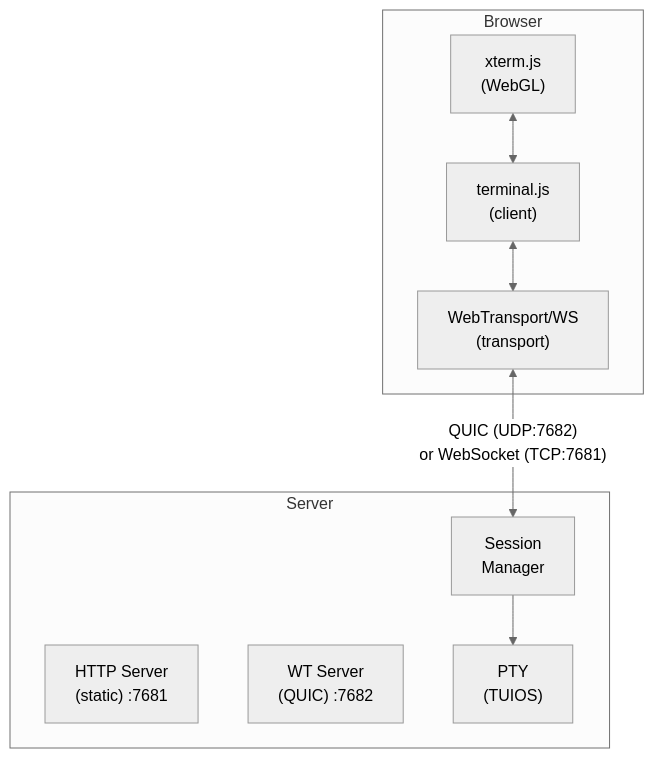
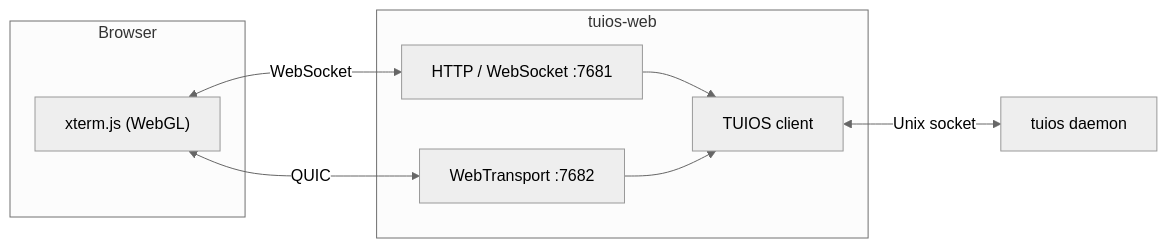
The diagram in content/docs/web.mdx (Gaurav-Gosain/tuios-docs), drawn with Mermaid (neutral theme) before and after one commit. The commit also changed other lines of this file, not shown here.

First line of the commit message:
docs: update the web terminal guide for TLS and the current flags

````diff
--- a/content/docs/web.mdx
+++ b/content/docs/web.mdx
@@ -150,19 +333,20 @@
 ```mermaid
-flowchart TB
+flowchart LR
     subgraph Browser
-        xterm["xterm.js<br/>(WebGL)"]
-        client["terminal.js<br/>(client)"]
-        transport["WebTransport/WS<br/>(transport)"]
-        xterm <--> client <--> transport
+        xterm["xterm.js (WebGL)"]
     end
 
-    transport <-->|"QUIC (UDP:7682)<br/>or WebSocket (TCP:7681)"| session
+    subgraph Server["tuios-web"]
+        http["HTTP / WebSocket :7681"]
+        wt["WebTransport :7682"]
+        tui["TUIOS client"]
+    end
 
-    subgraph Server
-        http["HTTP Server<br/>(static) :7681"]
-        wt["WT Server<br/>(QUIC) :7682"]
-        session["Session<br/>Manager"]
-        pty["PTY<br/>(TUIOS)"]
-        session --> pty
-    end
+    daemon["tuios daemon"]
+
+    xterm <-->|WebSocket| http
+    xterm <-->|QUIC| wt
+    http --> tui
+    wt --> tui
+    tui <-->|Unix socket| daemon
 ```
````
